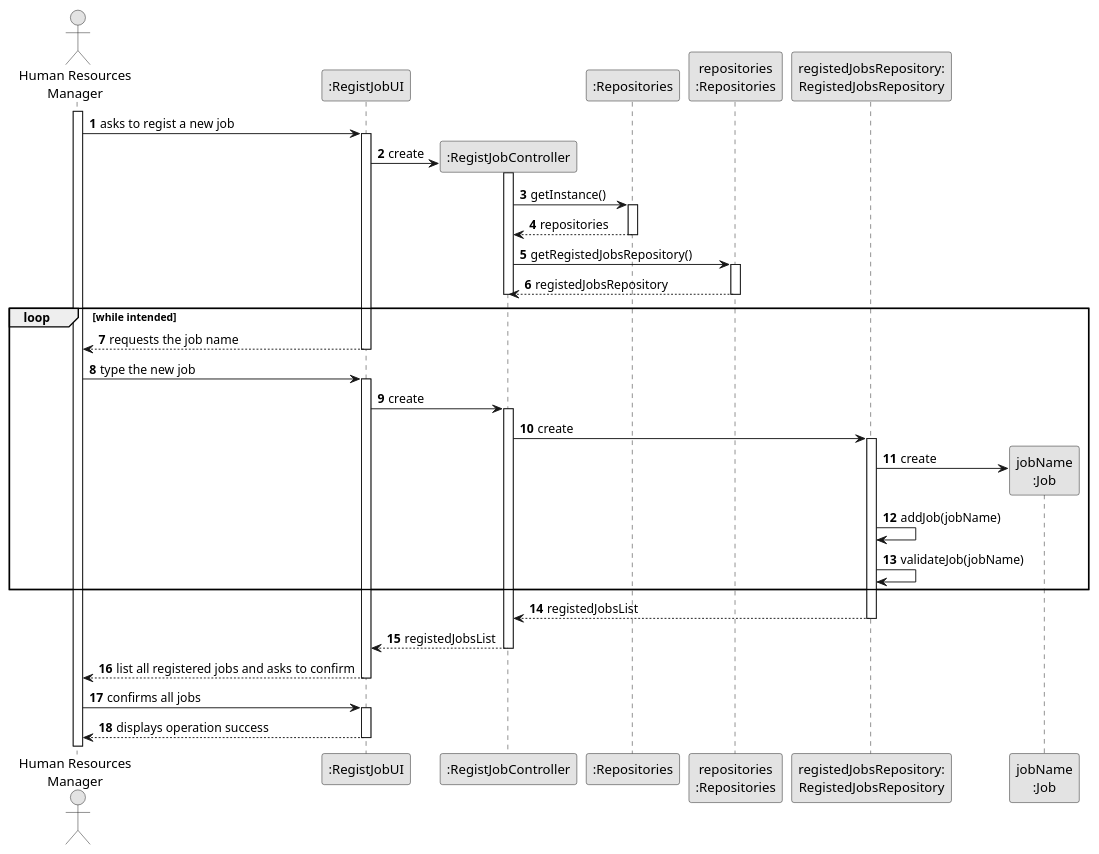
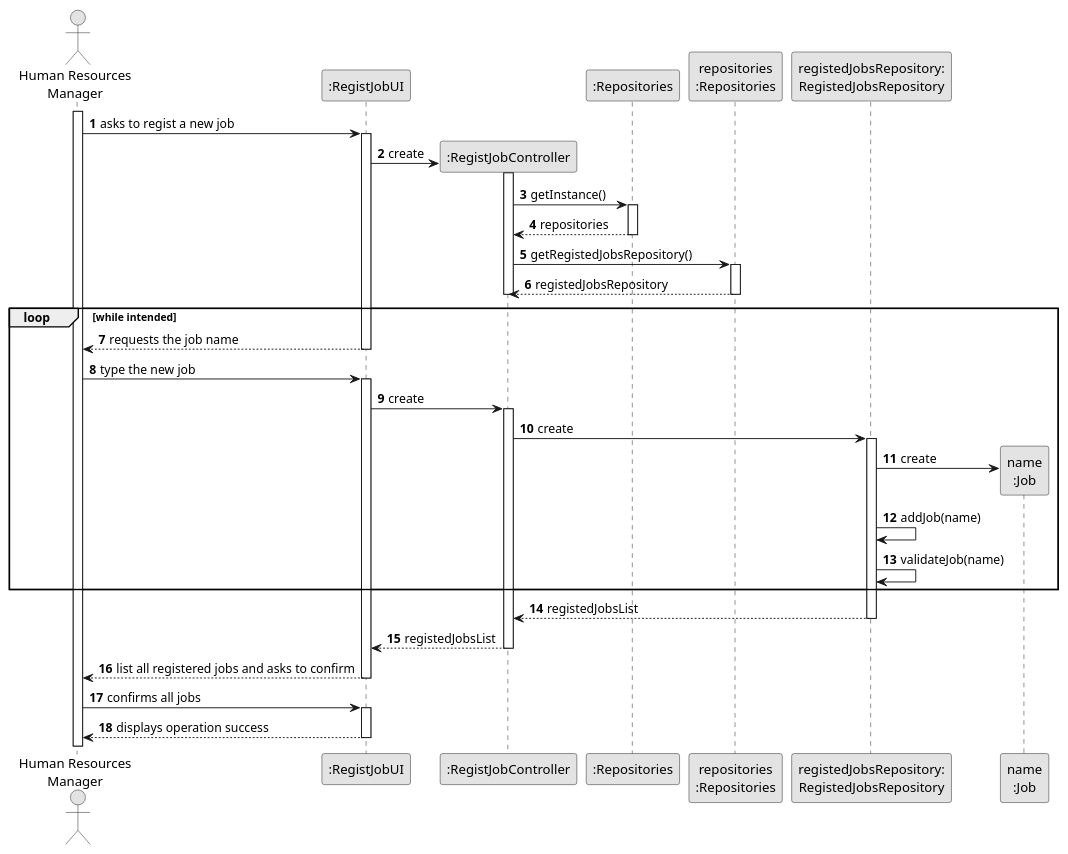
The diagram in docs/sprint2/us002/03.design/puml/us002-sequence-diagram-full.puml (1231360-ISEP/lei-24-s2-1db-g021), drawn with PlantUML before and after one commit. The commit also changed 36 other files, not shown here.

Commit message:
Update Domain Model All User Stories - correction of skillName - name jobName - name

```diff
--- a/docs/sprint2/us002/03.design/puml/us002-sequence-diagram-full.puml
+++ b/docs/sprint2/us002/03.design/puml/us002-sequence-diagram-full.puml
@@ -1,73 +1,73 @@
 @startuml
 skinparam monochrome true
 skinparam packageStyle rectangle
 skinparam shadowing false
 
 actor "Human Resources\nManager" as HRM
 participant ":RegistJobUI" as UI
 participant ":RegistJobController" as CTRL
 participant ":Repositories" as RepositorySingleton
 participant "repositories\n:Repositories" as PLAT
 participant "registedJobsRepository:\nRegistedJobsRepository" as RegistedJobsRepository
-participant "jobName\n:Job" as PROFISSAO
+participant "name\n:Job" as PROFISSAO
 
 autonumber 1
 
 activate HRM
     HRM -> UI : asks to regist a new job
 
     activate UI
         UI -> CTRL** : create
 
         activate CTRL
             CTRL -> RepositorySingleton : getInstance()
 
             activate RepositorySingleton
                 RepositorySingleton --> CTRL: repositories
             deactivate RepositorySingleton
 
             CTRL -> PLAT : getRegistedJobsRepository()
 
             activate PLAT
                 PLAT --> CTRL: registedJobsRepository
             deactivate PLAT
 
         deactivate CTRL
 
         loop while intended
             UI --> HRM : requests the job name
 
     deactivate UI
 
     HRM -> UI : type the new job
 
     activate UI
         UI -> CTRL: create
 
         activate CTRL
             CTRL -> RegistedJobsRepository : create
 
             activate RegistedJobsRepository
                 RegistedJobsRepository -> PROFISSAO**: create
-                RegistedJobsRepository -> RegistedJobsRepository: addJob(jobName)
-                RegistedJobsRepository -> RegistedJobsRepository: validateJob(jobName)
+                RegistedJobsRepository -> RegistedJobsRepository: addJob(name)
+                RegistedJobsRepository -> RegistedJobsRepository: validateJob(name)
 
         end
                 RegistedJobsRepository --> CTRL : registedJobsList
             deactivate RegistedJobsRepository
 
             CTRL --> UI : registedJobsList
 
         deactivate CTRL
 
         UI --> HRM : list all registered jobs and asks to confirm
 
     deactivate UI
 
     HRM -> UI : confirms all jobs
 
     activate UI
     UI --> HRM : displays operation success
     deactivate UI
 
 @enduml
```
